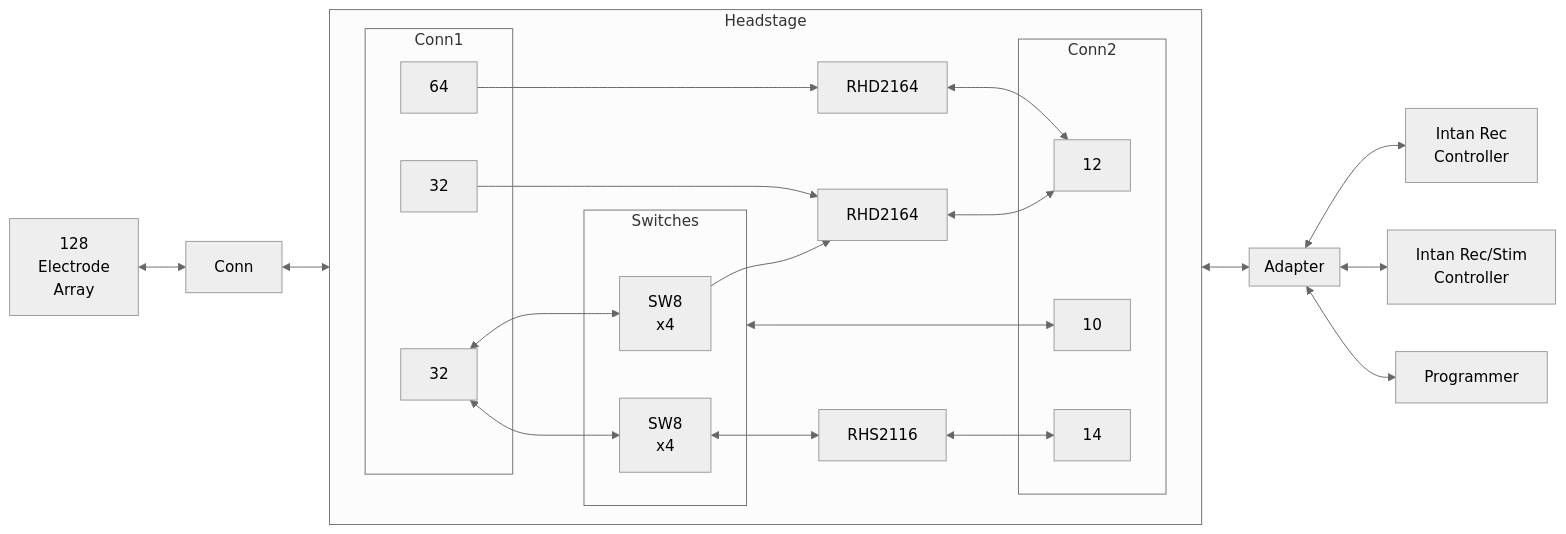
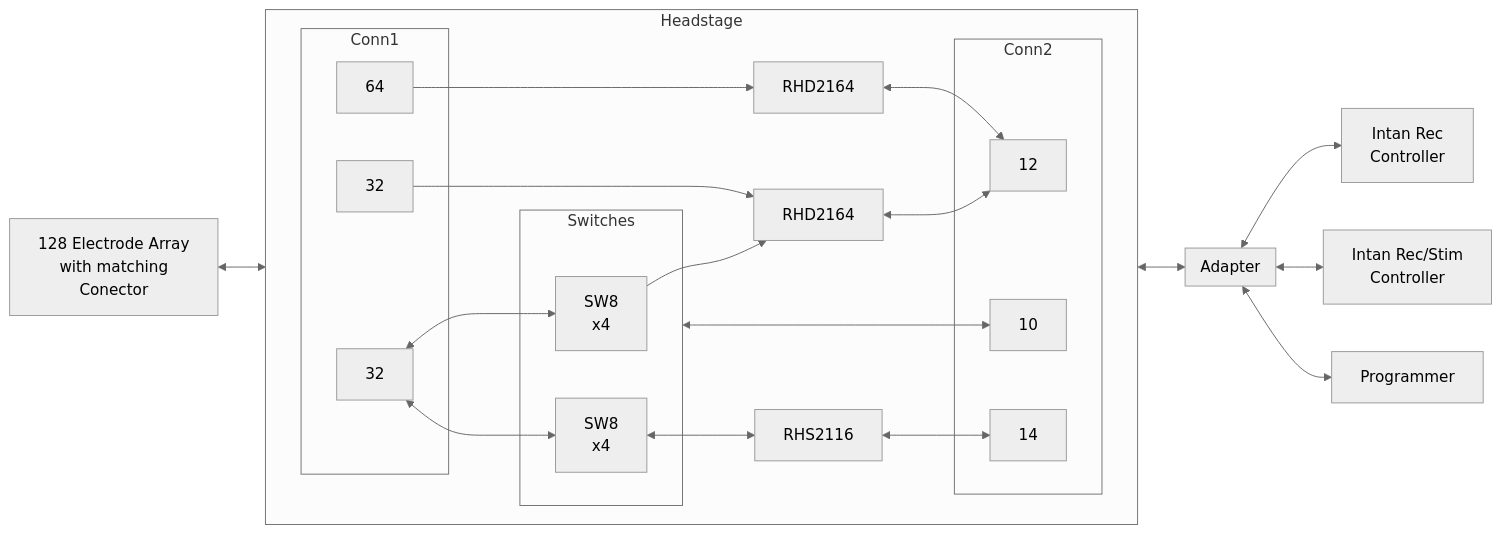
The diagram in docs/iris-128/iris-128s/headstage_iris128s.md (openic-org/home), drawn with Mermaid (neutral theme) before and after one commit. The commit also changed other lines of this file and 14 other files, not shown here.

````diff
--- a/docs/iris-128/iris-128s/headstage_iris128s.md
+++ b/docs/iris-128/iris-128s/headstage_iris128s.md
@@ -5,59 +5,58 @@
 ``` mermaid
 graph LR
     %% PCB Definition
     subgraph PCB1[Headstage]
         direction LR
         %% Internal Components
         r0[RHD2164]
         r1[RHD2164]
         s0[RHS2116]
 
         subgraph sw[Switches]
             sw0["SW8
                 x4"]
             sw1["SW8
                 x4"]
         end
         
         subgraph b2["Conn1"]
             e0[64]
             e1[32]
             e2[32]
         end
         
         subgraph b3["Conn2"]
             e3[12]
             e4[14]
             e5[10]
         end
 
         %% Connections
         e0 ---> r0
         e1 ---> r1
         e2 <--> sw0 --> r1
         e2 <--> sw1 <--> s0
         r0 <--> e3
         r1 <--> e3
         s0 <--> e4
         sw <---> e5
     end
 
     subgraph PCB2[Adapter]
         
     end
     
-    b0["128
-        Electrode
-        Array"]
-    b1[Conn]
+    b0["128 Electrode Array
+        with matching
+        Conector"]
 
     %% Top-level connections
-    b0 <--> b1 <--> b2
+    b0 <--> b2
     b3 <--> PCB2
     PCB2 <--> i0["Intan Rec
                  Controller"]
     PCB2 <--> i1["Intan Rec/Stim
                  Controller"]
     PCB2 <--> Programmer
 
 ```
````
